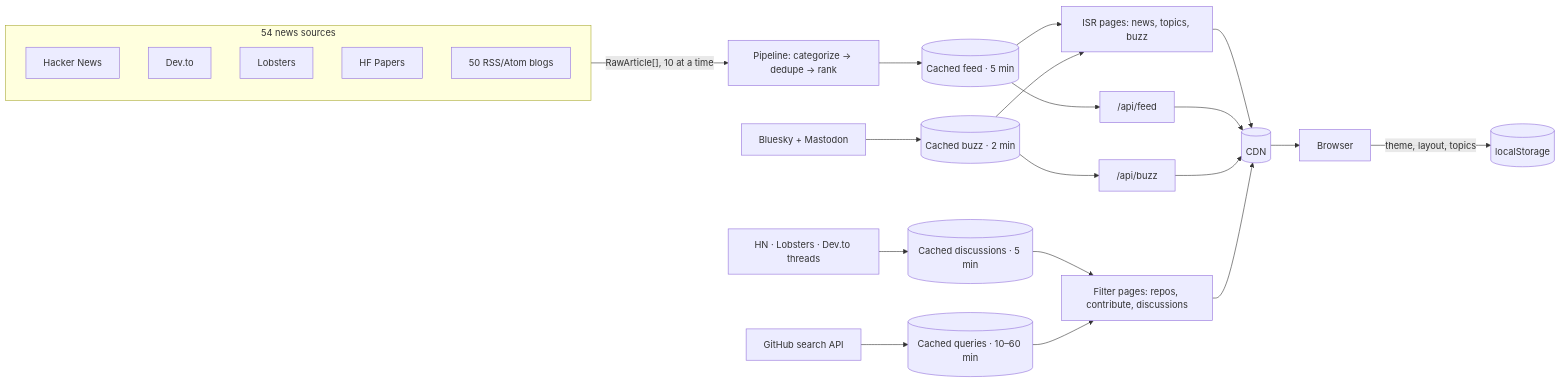
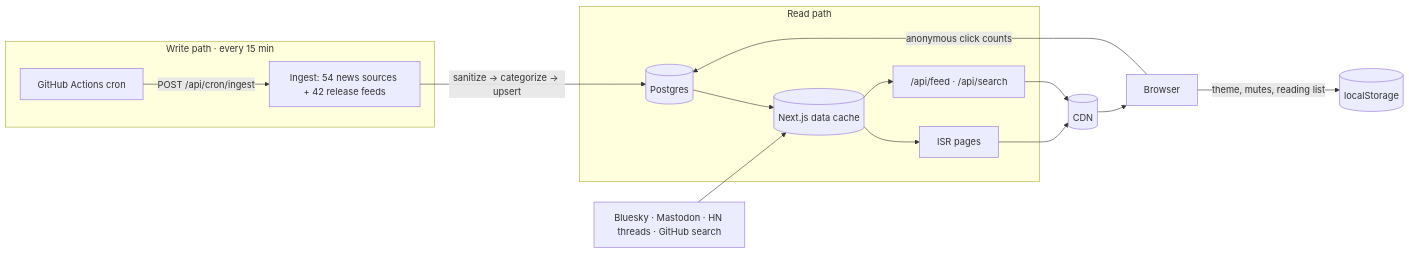
The diagram in README.md (Masad791/devpulse), drawn with Mermaid before and after one commit. The commit also changed other lines of this file and 84 other files, not shown here.

First line of the commit message:
Add Postgres ingest, search, radars, digest and AI Skills section

````diff
--- a/README.md
+++ b/README.md
@@ -20,17 +35,15 @@
 ```mermaid
 flowchart LR
-  subgraph Sources ["54 news sources"]
-    HN["Hacker News"] & DT["Dev.to"] & LB["Lobsters"] & HF["HF Papers"] & RSS["50 RSS/Atom blogs"]
+  subgraph Write ["Write path · every 15 min"]
+    GA["GitHub Actions cron"] -->|"POST /api/cron/ingest"| ING["Ingest: 54 news sources + 42 release feeds"]
   end
-  Sources -->|"RawArticle[], 10 at a time"| P["Pipeline: categorize → dedupe → rank"]
-  P --> C[("Cached feed · 5 min")]
-  Social["Bluesky + Mastodon"] --> CB[("Cached buzz · 2 min")]
-  Threads["HN · Lobsters · Dev.to threads"] --> CD[("Cached discussions · 5 min")]
-  GH["GitHub search API"] --> GC[("Cached queries · 10–60 min")]
-  C & CB --> ISR["ISR pages: news, topics, buzz"]
-  C --> API["/api/feed"]
-  CB --> BAPI["/api/buzz"]
-  CD & GC --> DYN["Filter pages: repos, contribute, discussions"]
-  ISR & API & BAPI & DYN --> CDN[("CDN")] --> Browser
-  Browser -->|"theme, layout, topics"| LS[("localStorage")]
+  ING -->|"sanitize → categorize → upsert"| DB[("Postgres")]
+  subgraph Read ["Read path"]
+    DB --> CACHE[("Next.js data cache")]
+    CACHE --> ISR["ISR pages"] & API["/api/feed · /api/search"]
+  end
+  Live["Bluesky · Mastodon · HN threads · GitHub search"] --> CACHE
+  ISR & API --> CDN[("CDN")] --> Browser
+  Browser -->|"anonymous click counts"| DB
+  Browser -->|"theme, mutes, reading list"| LS[("localStorage")]
 ```
````
